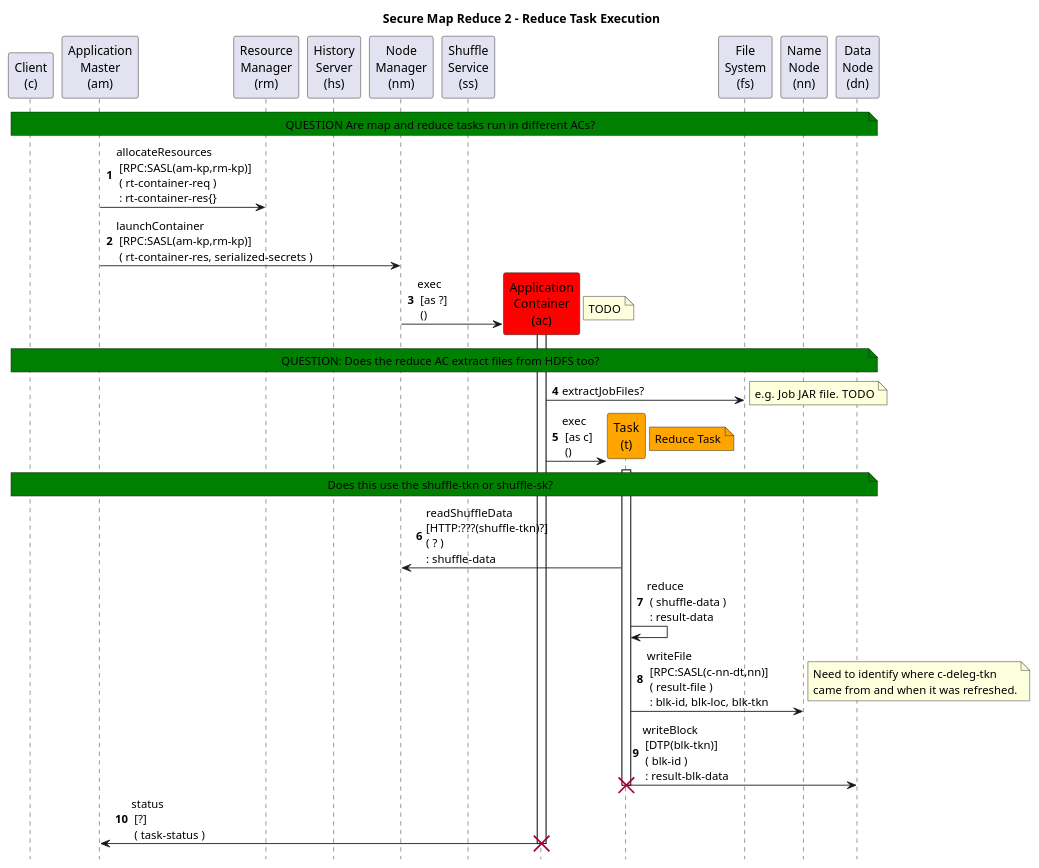
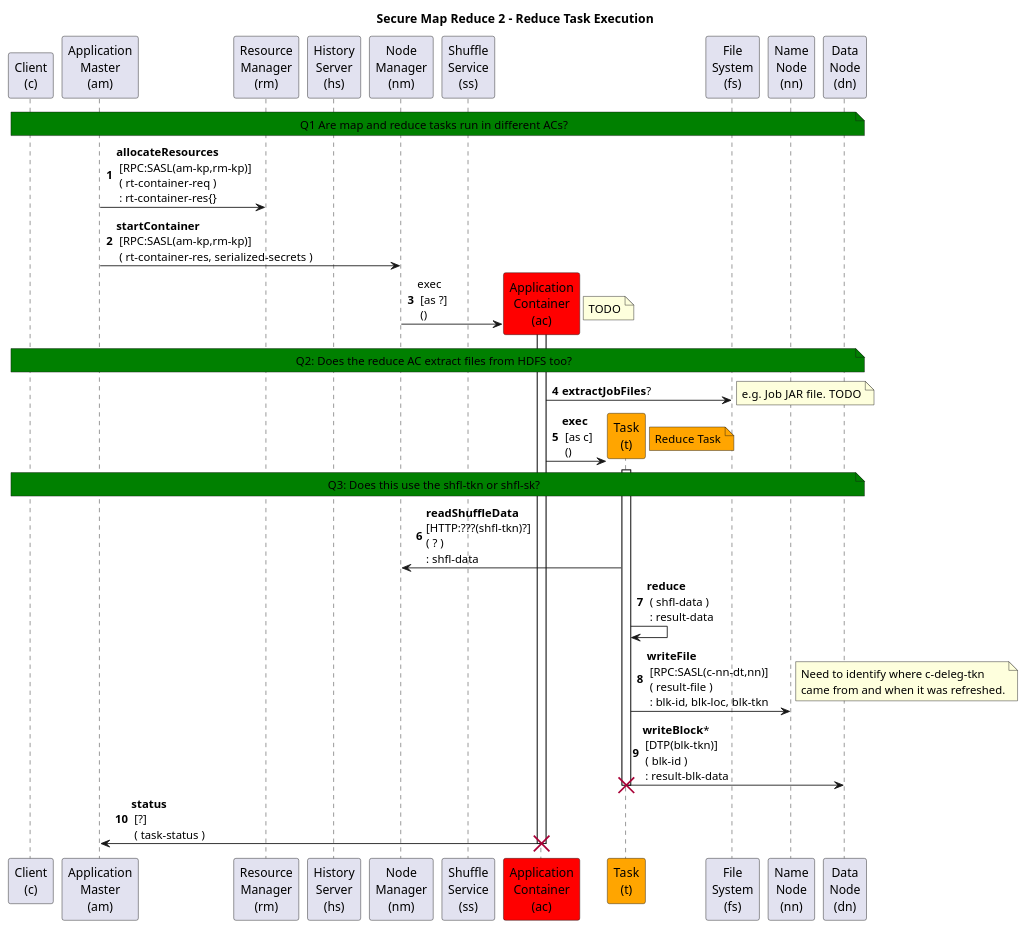
Before and after one commit to kminder/puml: the diagram in hadoop/src/secure-mapreduce2-06-reduce-task-execution.puml, drawn with PlantUML. The commit also changed 7 other files, not shown here.

```diff
--- a/hadoop/src/secure-mapreduce2-06-reduce-task-execution.puml
+++ b/hadoop/src/secure-mapreduce2-06-reduce-task-execution.puml
@@ -1,76 +1,78 @@
 @startuml
 title Secure Map Reduce 2 - Reduce Task Execution
 autonumber
-hide footbox
+'hide footbox
 
+'participant "Kerberos\nKDC" as KDC
 participant "Client\n(c)" as C
 participant "Application\nMaster\n(am)" as AM
 'participant "Client\nService\n(cs)" as CS
 participant "Resource\nManager\n(rm)" as RM
 participant "History\nServer\n(hs)" as HS
 participant "Node\nManager\n(nm)" as NM
 participant "Shuffle\nService\n(ss)" as SS
 participant "Application\nContainer\n(ac)" as AC #red
 participant "Task\n(t)" as T #orange
 participant "File\nSystem\n(fs)" as FS
 participant "Name\nNode\n(nn)" as NN
 participant "Data\nNode\n(dn)" as DN
 
   'note over C,DN #green: QUESTION ?
 
-  note over C,DN #green: QUESTION Are map and reduce tasks run in different ACs?
+note over C,DN #green: Q1 Are map and reduce tasks run in different ACs?
 
 '1
-AM->RM: allocateResources\n [RPC:SASL(am-kp,rm-kp)]\n ( rt-container-req )\n : rt-container-res{}
+AM->RM: <b>allocateResources\n [RPC:SASL(am-kp,rm-kp)]\n ( rt-container-req )\n : rt-container-res{}
 
 '2
-AM->NM: launchContainer\n [RPC:SASL(am-kp,rm-kp)]\n ( rt-container-res, serialized-secrets )
+AM->NM: <b>startContainer\n [RPC:SASL(am-kp,rm-kp)]\n ( rt-container-res, serialized-secrets )
 
   create AC
 
 '3
 NM->AC: exec\n [as ?]\n ()
   note right: TODO
 
   activate AC
 
-  note over C,DN #green: QUESTION: Does the reduce AC extract files from HDFS too?
+note over C,DN #green: Q2: Does the reduce AC extract files from HDFS too?
+
 '4
-AC->FS: extractJobFiles?
+AC->FS: <b>extractJobFiles</b>?
   note right: e.g. Job JAR file.  TODO
 
   create T
 
 '5
-AC->T: exec\n [as c]\n ()
+AC->T: <b>exec\n [as c]\n ()
   note right #orange: Reduce Task
 
   activate T
 
-note over C,DN #green: Does this use the shuffle-tkn or shuffle-sk?
+note over C,DN #green: Q3: Does this use the shfl-tkn or shfl-sk?
 
 '6
-T->NM: readShuffleData\n[HTTP:???(shuffle-tkn)?]\n( ? )\n: shuffle-data
+T->NM: <b>readShuffleData\n[HTTP:???(shfl-tkn)?]\n( ? )\n: shfl-data
 'MR ShuffleService service running in the node manager.  Has the shuffle service has the shuffle secret.
-'Task talked to NM (shuffle-service) to get shuffle data.
-'How does the shuffle service get the shuffle token.
+'Task talked to NM/ShuffleServcie to get shfl-data.
+'How does the shuffle service get the shfl-tkn.
 
 '7
-T->T: reduce\n ( shuffle-data )\n : result-data
+T->T: <b>reduce\n ( shfl-data )\n : result-data
 
 '8
-T->NN: writeFile\n [RPC:SASL(c-nn-dt,nn)]\n ( result-file )\n : blk-id, blk-loc, blk-tkn
+T->NN: <b>writeFile\n [RPC:SASL(c-nn-dt,nn)]\n ( result-file )\n : blk-id, blk-loc, blk-tkn
   note right: Need to identify where c-deleg-tkn\ncame from and when it was refreshed.
 
 '9
-T->DN: writeBlock\n [DTP(blk-tkn)]\n ( blk-id )\n : result-blk-data
+T->DN: <b>writeBlock</b>*\n [DTP(blk-tkn)]\n ( blk-id )\n : result-blk-data
 
   deactivate T
   destroy T
 
 '10
-AC->AM: status\n [?]\n ( task-status )
+AC->AM: <b>status\n [?]\n ( task-status )
   deactivate AC
   destroy AC
 
 @enduml
```
